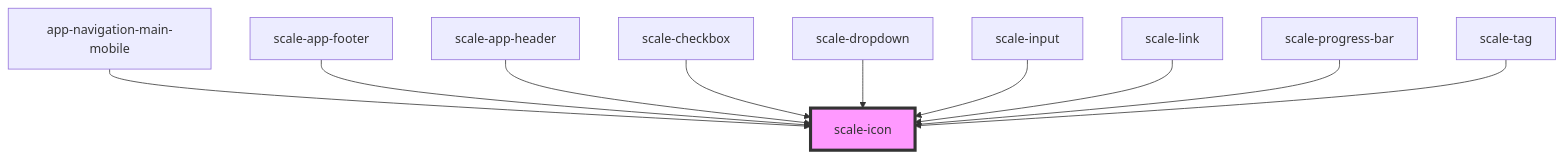
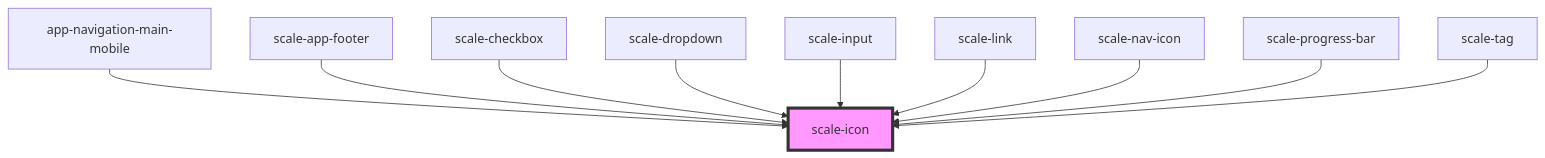
The diagram in packages/components/src/components/icon/readme.md (gaurishkamat/scale), drawn with Mermaid before and after one commit. The commit also changed other lines of this file and 44 other files, not shown here.

````diff
--- a/packages/components/src/components/icon/readme.md
+++ b/packages/components/src/components/icon/readme.md
@@ -37,13 +37,13 @@
 ```mermaid
 graph TD;
   app-navigation-main-mobile --> scale-icon
   scale-app-footer --> scale-icon
-  scale-app-header --> scale-icon
   scale-checkbox --> scale-icon
   scale-dropdown --> scale-icon
   scale-input --> scale-icon
   scale-link --> scale-icon
+  scale-nav-icon --> scale-icon
   scale-progress-bar --> scale-icon
   scale-tag --> scale-icon
   style scale-icon fill:#f9f,stroke:#333,stroke-width:4px
 ```
````
